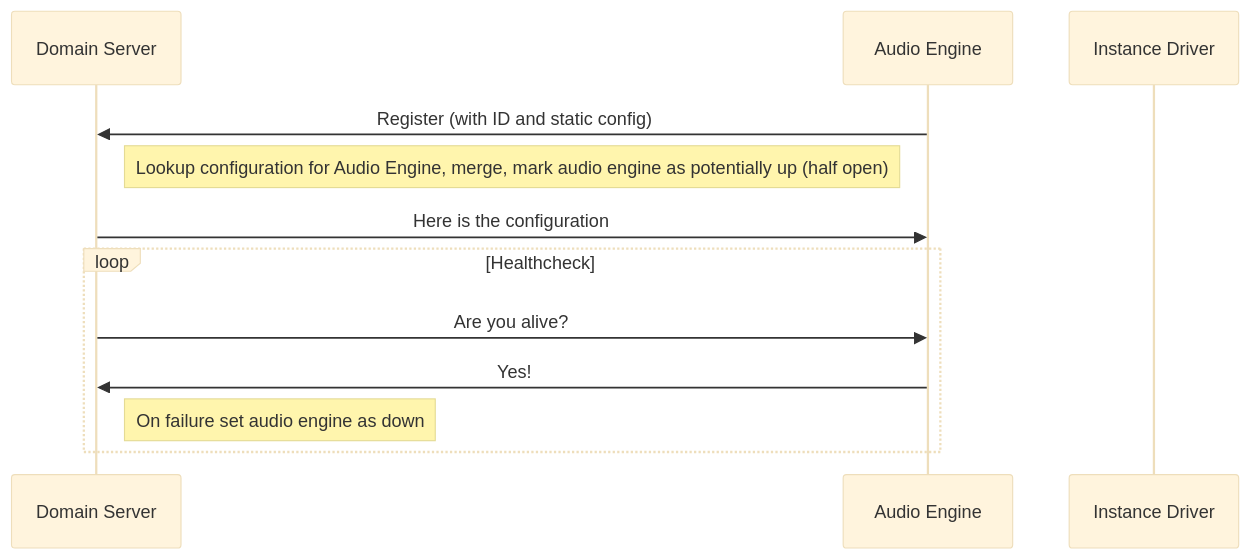
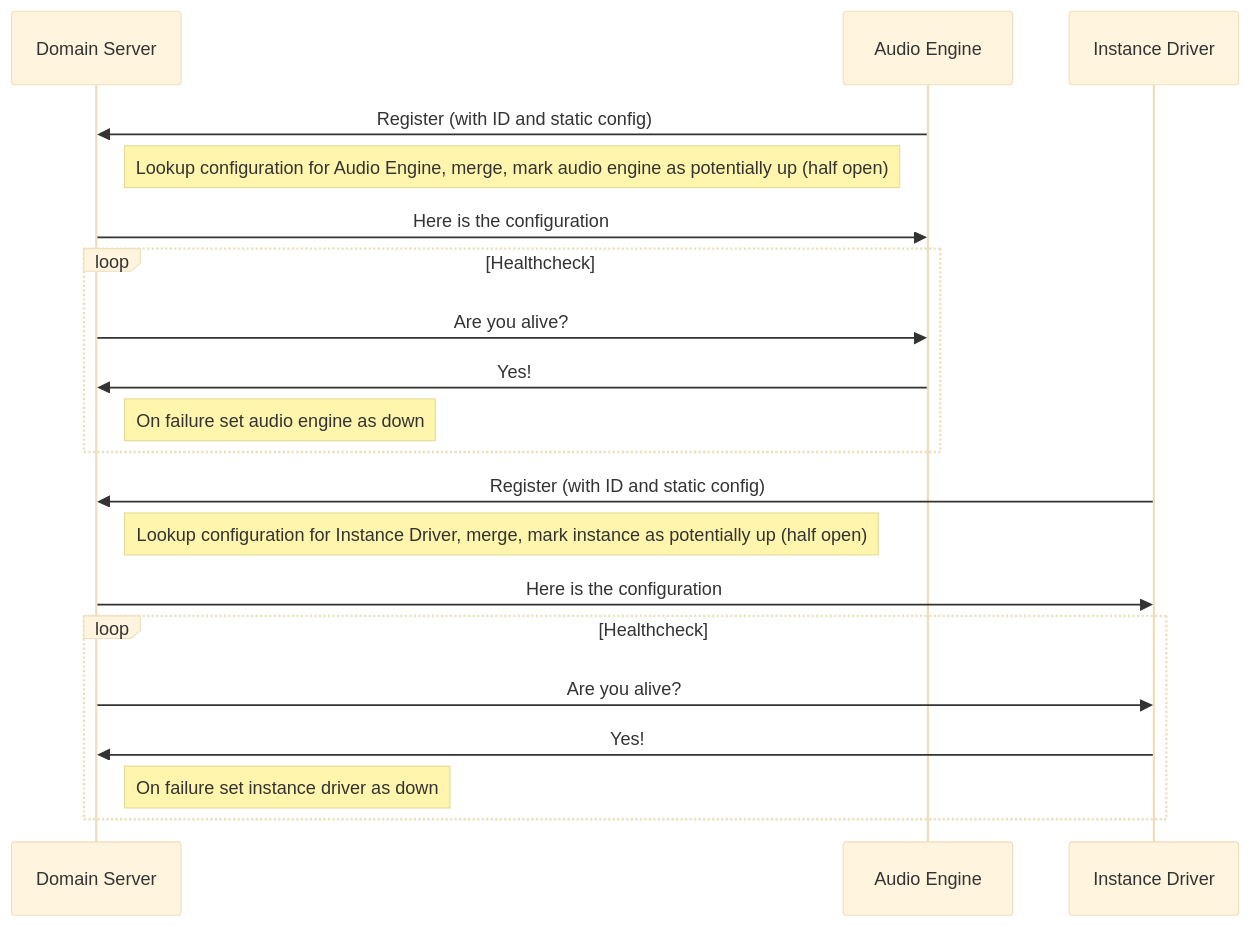
Before and after one commit to audiocloud/audiocloud: the first of 2 diagrams in specs/openapi/FLOW.md, drawn with Mermaid (base theme). The commit also changed other lines of this file, not shown here.

````diff
--- a/specs/openapi/FLOW.md
+++ b/specs/openapi/FLOW.md
@@ -5,16 +5,27 @@
 ```mermaid
 sequenceDiagram
     participant Domain Server
     participant Audio Engine
     participant Instance Driver
     
     Audio Engine->>Domain Server: Register (with ID and static config)
     Note right of Domain Server: Lookup configuration for Audio Engine, merge, mark audio engine as potentially up (half open)
     Domain Server->>Audio Engine: Here is the configuration
     
     loop Healthcheck
         Domain Server->>Audio Engine: Are you alive?
         Audio Engine->>Domain Server: Yes!
         Note right of Domain Server: On failure set audio engine as down
     end
+    
+    Instance Driver->>Domain Server: Register (with ID and static config)
+    Note right of Domain Server: Lookup configuration for Instance Driver, merge, mark instance as potentially up (half open)
+    Domain Server->>Instance Driver: Here is the configuration
+
+
+    loop Healthcheck
+        Domain Server->>Instance Driver: Are you alive?
+        Instance Driver->>Domain Server: Yes!
+        Note right of Domain Server: On failure set instance driver as down
+    end
 ```
````
